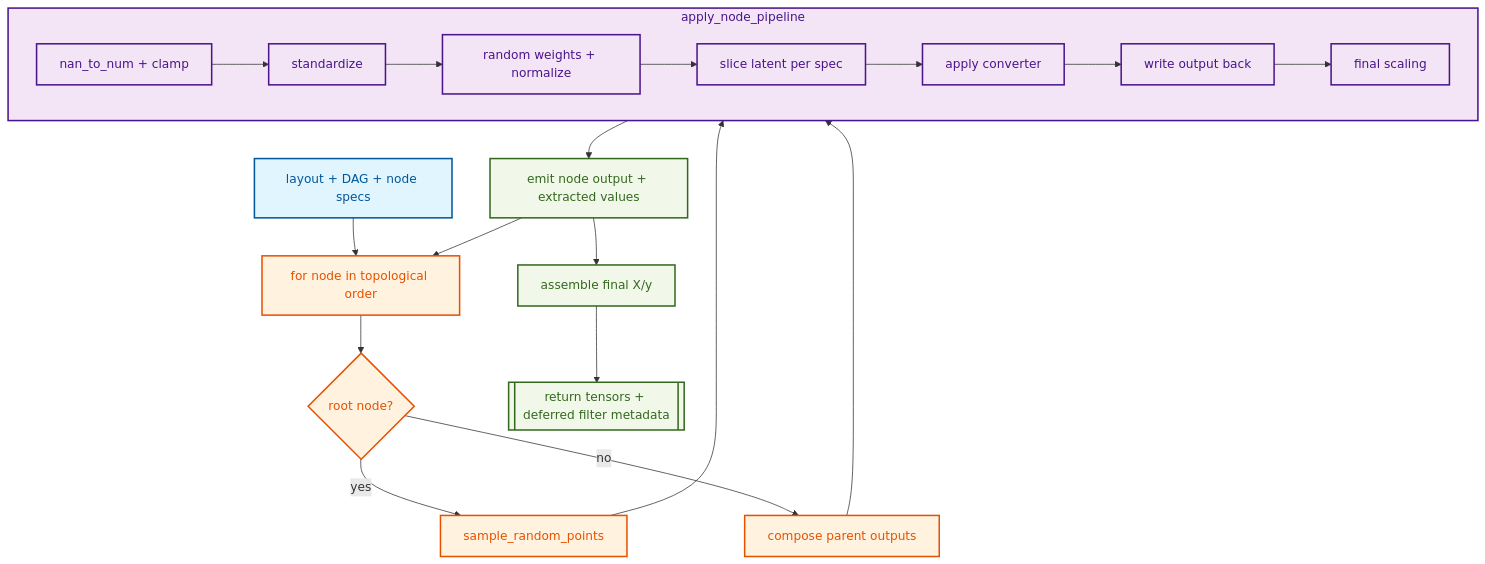
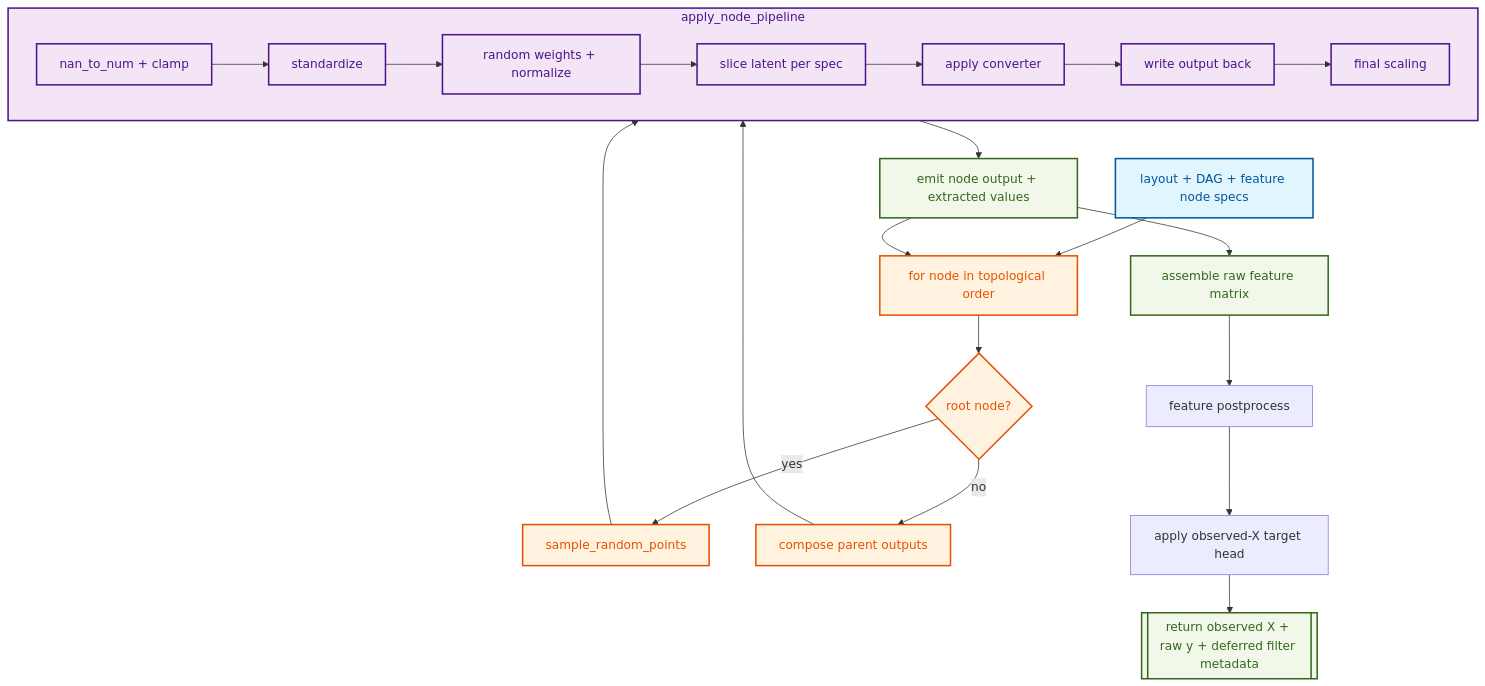
Before and after one commit to bensonlee5/cauchy-generator: the third of 3 diagrams in docs/how-it-works.md, drawn with Mermaid. The commit also changed other lines of this file and 22 other files, not shown here.

````diff
--- a/docs/how-it-works.md
+++ b/docs/how-it-works.md
@@ -346,37 +357,39 @@
 ```mermaid
 flowchart TB
     %% Class Definitions
     classDef setup fill:#e1f5fe,stroke:#01579b,stroke-width:2px,color:#01579b
     classDef loop fill:#fff3e0,stroke:#e65100,stroke-width:2px,color:#e65100
     classDef pipe fill:#f3e5f5,stroke:#4a148c,stroke-width:2px,color:#4a148c
     classDef out fill:#f1f8e9,stroke:#33691e,stroke-width:2px,color:#33691e
 
-    Setup[layout + DAG + node specs] --> Walk[for node in topological order]
+    Setup[layout + DAG + feature node specs] --> Walk[for node in topological order]
     Walk --> Root{root node?}
 
     Root -- yes --> RootSample[sample_random_points]
     Root -- no --> ParentMix[compose parent outputs]
 
     RootSample --> Pipe
     ParentMix --> Pipe
 
     subgraph Pipe [apply_node_pipeline]
         Clean[nan_to_num + clamp] --> Std[standardize]
         Std --> Weight[random weights + normalize]
         Weight --> Slice[slice latent per spec]
         Slice --> Convert[apply converter]
         Convert --> Feedback[write output back]
         Feedback --> Scale[final scaling]
     end
 
     Pipe --> Emit[emit node output + extracted values]
     Emit --> Walk
-    Emit --> Assemble[assemble final X/y]
-    Assemble --> Out[[return tensors + deferred filter metadata]]
+    Emit --> Assemble[assemble raw feature matrix]
+    Assemble --> PostX[feature postprocess]
+    PostX --> TargetHead[apply observed-X target head]
+    TargetHead --> Out[[return observed X + raw y + deferred filter metadata]]
 
     %% Assign Classes
     class Setup setup
     class Walk,Root,RootSample,ParentMix loop
     class Clean,Std,Weight,Slice,Convert,Feedback,Scale,Pipe pipe
     class Emit,Assemble,Out out
 ```
````
